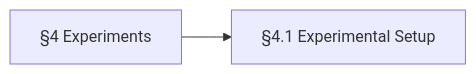
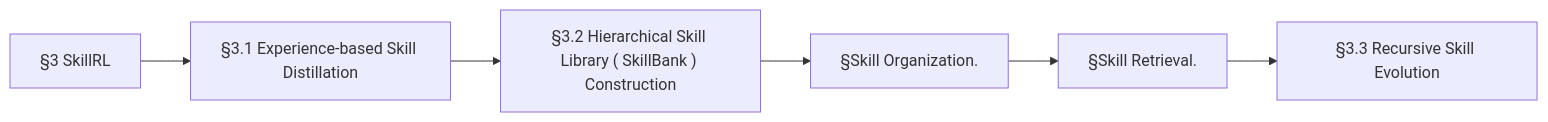
The tenth of 16 diagrams in docs/research/work-r4-knowledge-2026-11-25.md (DarknessLED/dsh-loom), drawn with Mermaid before and after one commit. The commit also changed other lines of this file and 39 other files, not shown here.

````diff
--- a/docs/research/work-r4-knowledge-2026-11-25.md
+++ b/docs/research/work-r4-knowledge-2026-11-25.md
@@ -932,6 +932,14 @@
 ```mermaid
 flowchart LR
-  N0["§4 Experiments"]
-  N1["§4.1 Experimental Setup"]
+  N0["§3 SkillRL"]
+  N1["§3.1 Experience-based Skill Distillation"]
+  N2["§3.2 Hierarchical Skill Library ( SkillBank ) Construction"]
+  N3["§Skill Organization."]
+  N4["§Skill Retrieval."]
+  N5["§3.3 Recursive Skill Evolution"]
   N0 --> N1
+  N1 --> N2
+  N2 --> N3
+  N3 --> N4
+  N4 --> N5
 ```
````
